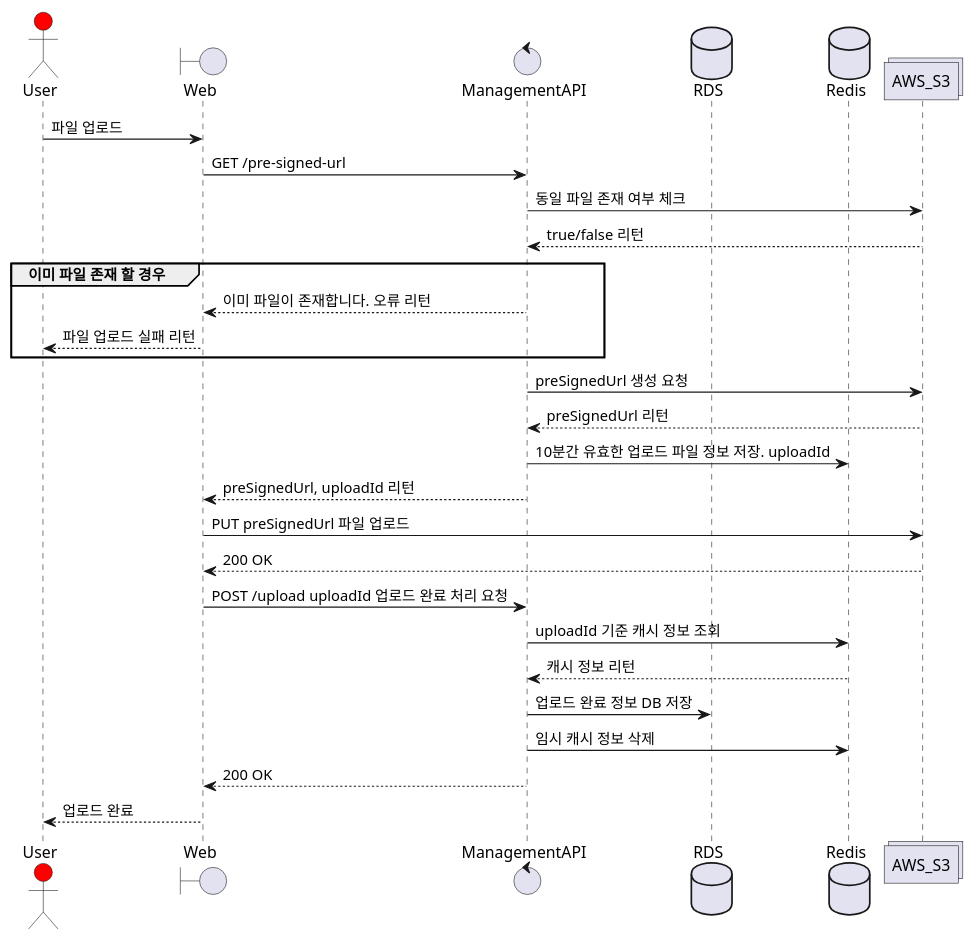
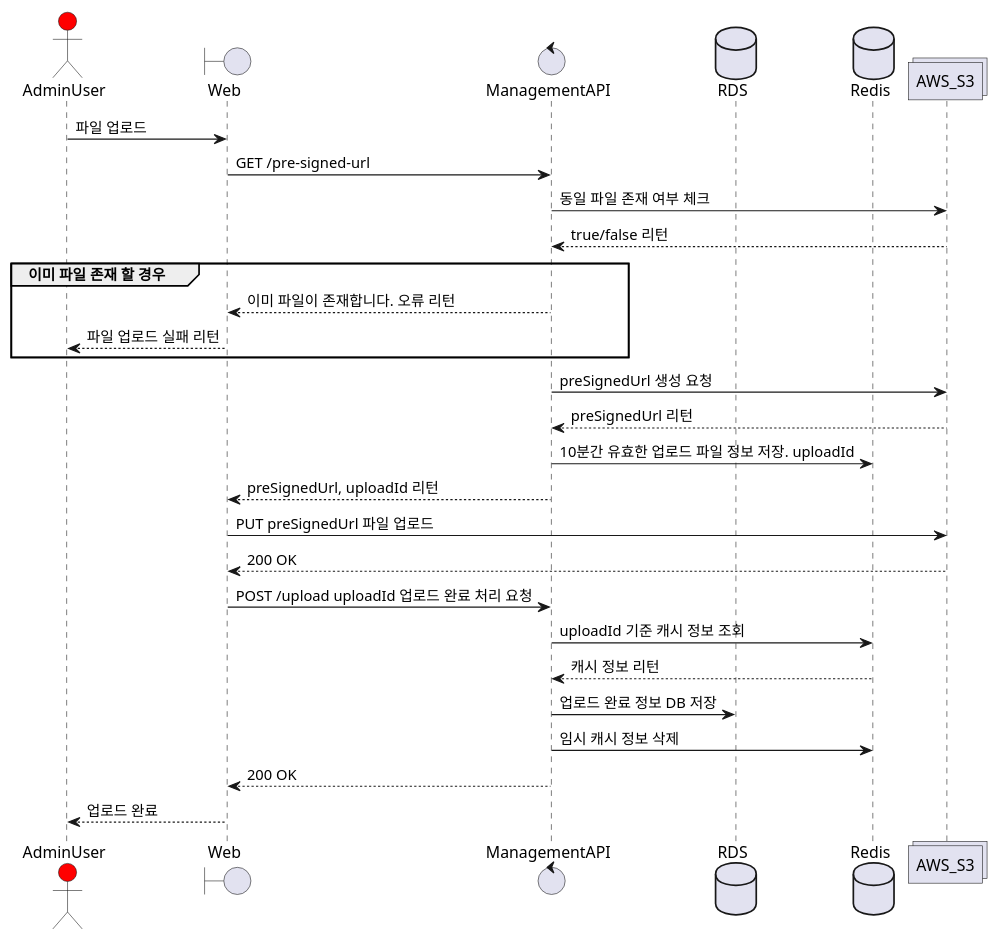
One commit to JeongSoonMin/documents changed the diagram in uml/fileUploadFlow.puml. Above: the diagram before and after it, drawn with PlantUML. The commit also changed 1 other file, not shown here.

Commit message:
시퀀스다이어그램 내용 추가.

```diff
--- a/uml/fileUploadFlow.puml
+++ b/uml/fileUploadFlow.puml
@@ -1,31 +1,31 @@
 @startuml
-actor User #red
+actor AdminUser #red
 boundary Web
 control ManagementAPI
 database RDS
 database Redis
 collections AWS_S3
 
-User -> Web : 파일 업로드
+AdminUser -> Web : 파일 업로드
 Web -> ManagementAPI : GET /pre-signed-url
 ManagementAPI -> AWS_S3 : 동일 파일 존재 여부 체크
 AWS_S3 --> ManagementAPI : true/false 리턴
 group 이미 파일 존재 할 경우
 ManagementAPI --> Web : 이미 파일이 존재합니다. 오류 리턴
-Web --> User : 파일 업로드 실패 리턴
+Web --> AdminUser : 파일 업로드 실패 리턴
 end group
 ManagementAPI -> AWS_S3 : preSignedUrl 생성 요청
 AWS_S3 --> ManagementAPI : preSignedUrl 리턴
 ManagementAPI -> Redis : 10분간 유효한 업로드 파일 정보 저장. uploadId
 ManagementAPI --> Web : preSignedUrl, uploadId 리턴
 Web -> AWS_S3 : PUT preSignedUrl 파일 업로드
 AWS_S3 --> Web : 200 OK
 Web -> ManagementAPI : POST /upload uploadId 업로드 완료 처리 요청
 ManagementAPI -> Redis : uploadId 기준 캐시 정보 조회
 Redis --> ManagementAPI : 캐시 정보 리턴
 ManagementAPI -> RDS : 업로드 완료 정보 DB 저장
 ManagementAPI -> Redis : 임시 캐시 정보 삭제
 ManagementAPI --> Web : 200 OK
-Web --> User : 업로드 완료
+Web --> AdminUser : 업로드 완료
 
 @enduml
```
